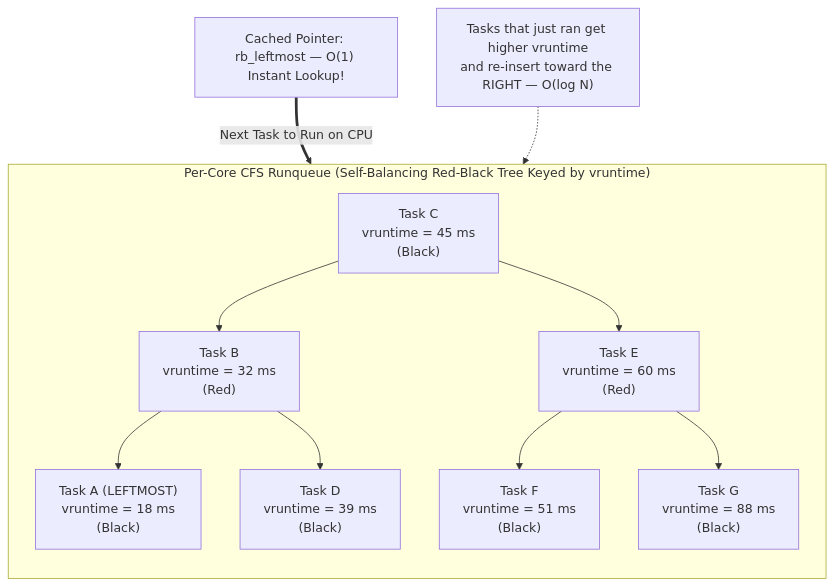
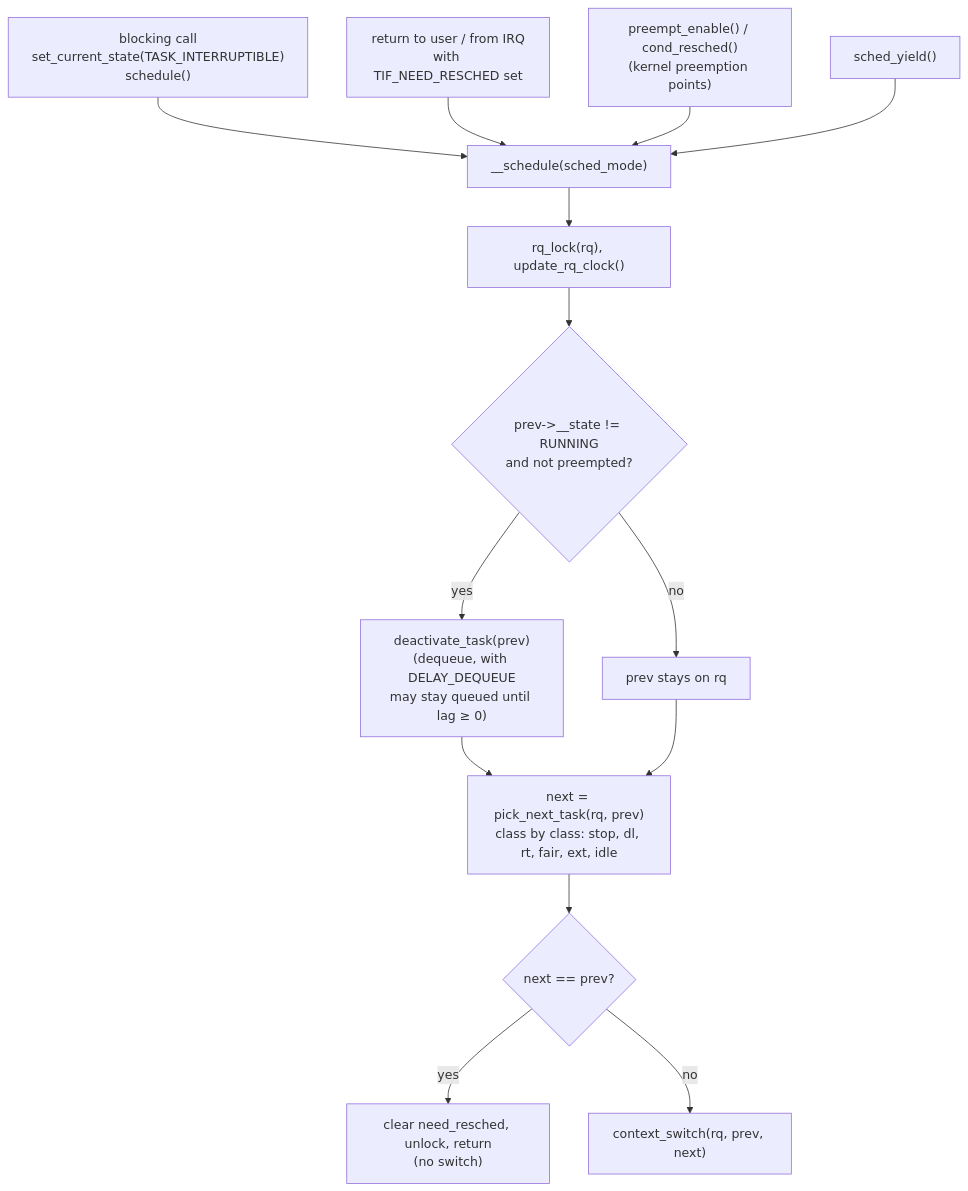
One commit to umang8496/cis-theta changed the third of 12 diagrams in 01-fundamentals-and-internals/01-os-and-linux-internals/02-context-switching-and-cpu-scheduling/README.md. Above: the diagram before and after it, drawn with Mermaid. The commit also changed other lines of this file and 2 other files, not shown here.

````diff
--- a/01-fundamentals-and-internals/01-os-and-linux-internals/02-context-switching-and-cpu-scheduling/README.md
+++ b/01-fundamentals-and-internals/01-os-and-linux-internals/02-context-switching-and-cpu-scheduling/README.md
@@ -263,23 +111,15 @@
 ```mermaid
-flowchart TB
-    subgraph CFS_Tree ["Per-Core CFS Runqueue (Self-Balancing Red-Black Tree Keyed by vruntime)"]
-        direction TB
-        Root["Task C<br/>vruntime = 45 ms<br/>(Black)"]
-        L1["Task B<br/>vruntime = 32 ms<br/>(Red)"]
-        R1["Task E<br/>vruntime = 60 ms<br/>(Red)"]
-        LL["Task A (LEFTMOST)<br/>vruntime = 18 ms<br/>(Black)"]
-        LR["Task D<br/>vruntime = 39 ms<br/>(Black)"]
-        RL["Task F<br/>vruntime = 51 ms<br/>(Black)"]
-        RR["Task G<br/>vruntime = 88 ms<br/>(Black)"]
-
-        Root --> L1
-        Root --> R1
-        L1 --> LL
-        L1 --> LR
-        R1 --> RL
-        R1 --> RR
-    end
-
-    Pointer["Cached Pointer: rb_leftmost — O(1) Instant Lookup!"] ==>|"Next Task to Run on CPU"| LL
-    NoteRight["Tasks that just ran get higher vruntime<br/>and re-insert toward the RIGHT — O(log N)"] -.-> RR
+flowchart TD
+    A["blocking call<br/>set_current_state(TASK_INTERRUPTIBLE)<br/>schedule()"] --> S
+    B["return to user / from IRQ<br/>with TIF_NEED_RESCHED set"] --> S
+    C["preempt_enable() / cond_resched()<br/>(kernel preemption points)"] --> S
+    D["sched_yield()"] --> S
+    S["__schedule(sched_mode)"] --> E["rq_lock(rq), update_rq_clock()"]
+    E --> F{"prev->__state != RUNNING<br/>and not preempted?"}
+    F -- yes --> G["deactivate_task(prev)<br/>(dequeue, with DELAY_DEQUEUE<br/>may stay queued until lag ≥ 0)"]
+    F -- no --> H["prev stays on rq"]
+    G & H --> I["next = pick_next_task(rq, prev)<br/>class by class: stop, dl, rt, fair, ext, idle"]
+    I --> J{"next == prev?"}
+    J -- yes --> K["clear need_resched, unlock, return<br/>(no switch)"]
+    J -- no --> L["context_switch(rq, prev, next)"]
 ```
````
